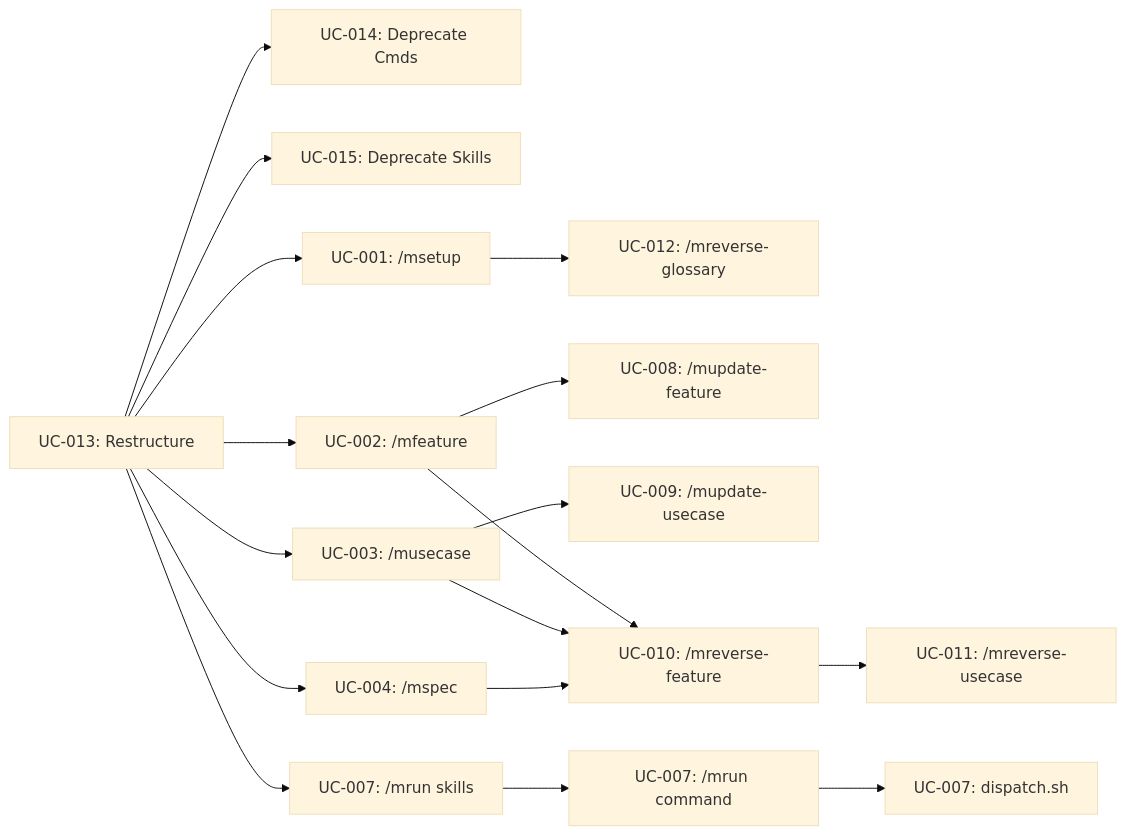
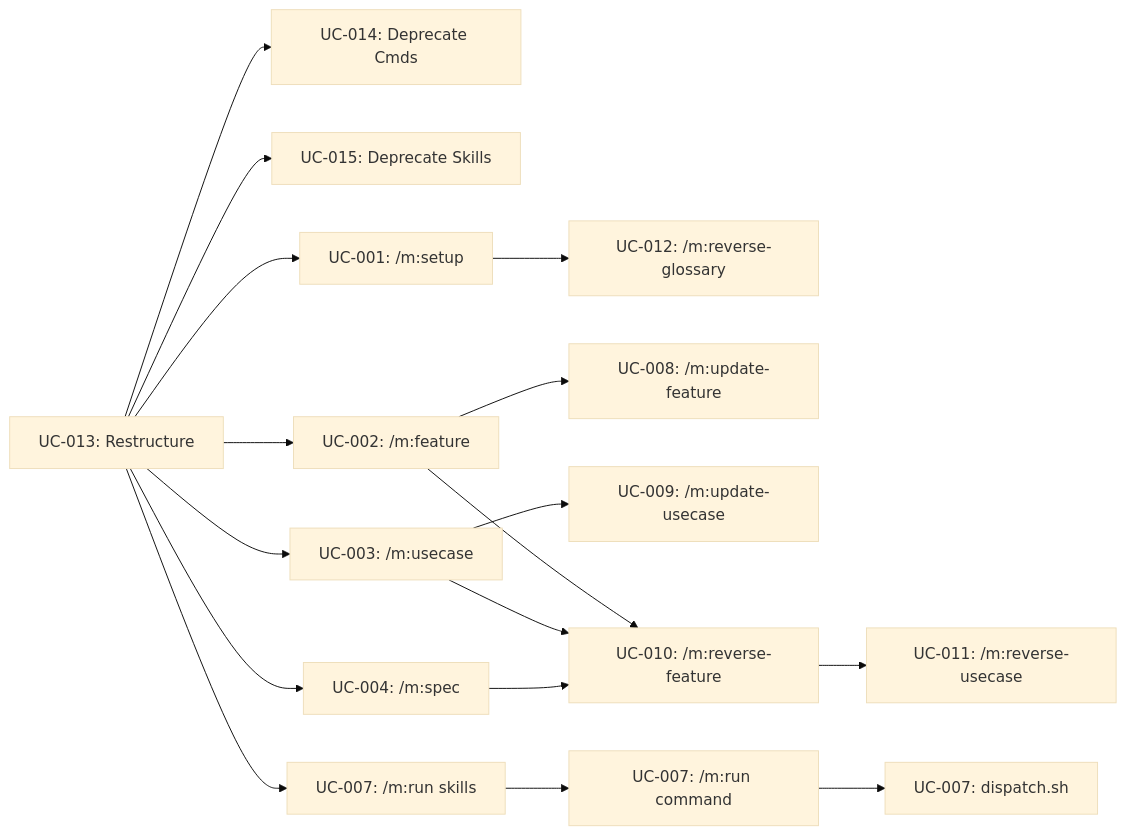
One commit to MolcajeteAI/plugin changed the diagram in prd/specs/20260317-0316-v3_spec_system/tasks.md. Above: the diagram before and after it, drawn with Mermaid (base theme). The commit also changed other lines of this file and 2 other files, not shown here.

First line of the commit message:
Updates PRD docs to use /m:command naming

````diff
--- a/prd/specs/20260317-0316-v3_spec_system/tasks.md
+++ b/prd/specs/20260317-0316-v3_spec_system/tasks.md
@@ -469,19 +479,19 @@
 ```mermaid
 graph LR
     A["UC-013: Restructure"] --> B["UC-014: Deprecate Cmds"]
     A --> C["UC-015: Deprecate Skills"]
-    A --> D["UC-001: /msetup"]
-    A --> E["UC-002: /mfeature"]
-    A --> F["UC-003: /musecase"]
-    A --> G["UC-004: /mspec"]
-    A --> H["UC-007: /mrun skills"]
-    D --> I["UC-012: /mreverse-glossary"]
-    E --> J["UC-008: /mupdate-feature"]
-    F --> K["UC-009: /mupdate-usecase"]
-    E --> L["UC-010: /mreverse-feature"]
+    A --> D["UC-001: /m:setup"]
+    A --> E["UC-002: /m:feature"]
+    A --> F["UC-003: /m:usecase"]
+    A --> G["UC-004: /m:spec"]
+    A --> H["UC-007: /m:run skills"]
+    D --> I["UC-012: /m:reverse-glossary"]
+    E --> J["UC-008: /m:update-feature"]
+    F --> K["UC-009: /m:update-usecase"]
+    E --> L["UC-010: /m:reverse-feature"]
     F --> L
     G --> L
-    L --> M["UC-011: /mreverse-usecase"]
-    H --> N["UC-007: /mrun command"]
+    L --> M["UC-011: /m:reverse-usecase"]
+    H --> N["UC-007: /m:run command"]
     N --> O["UC-007: dispatch.sh"]
 ```
````
